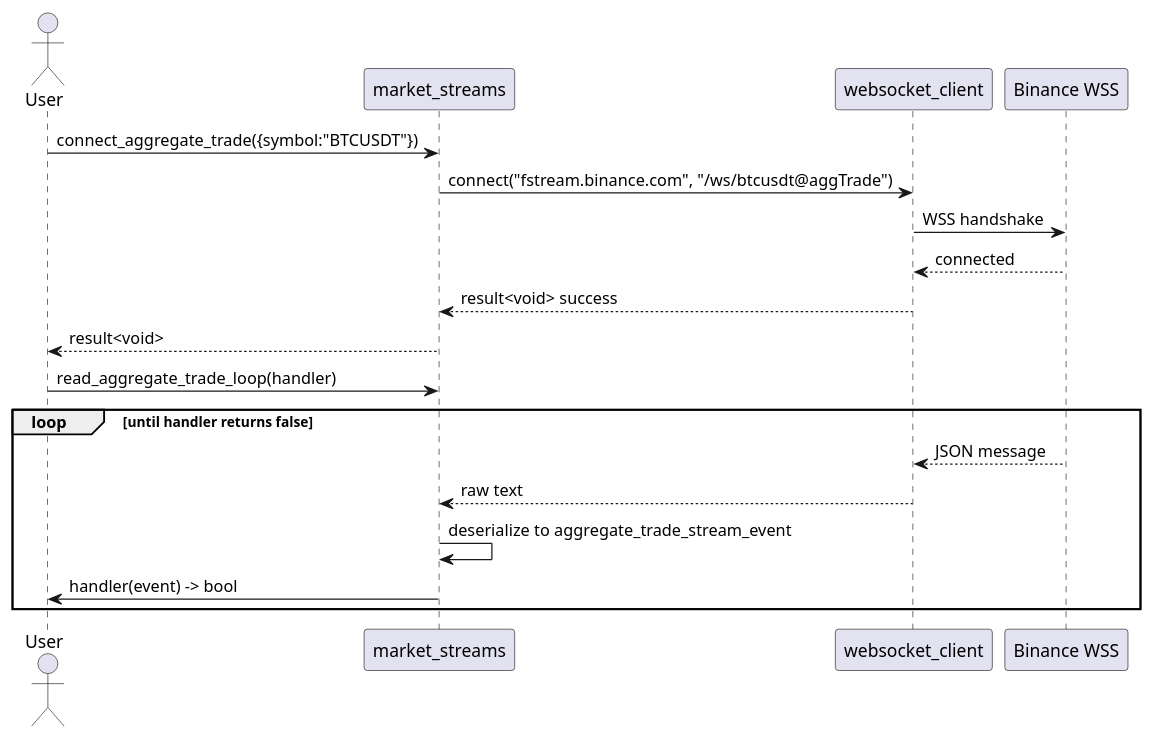
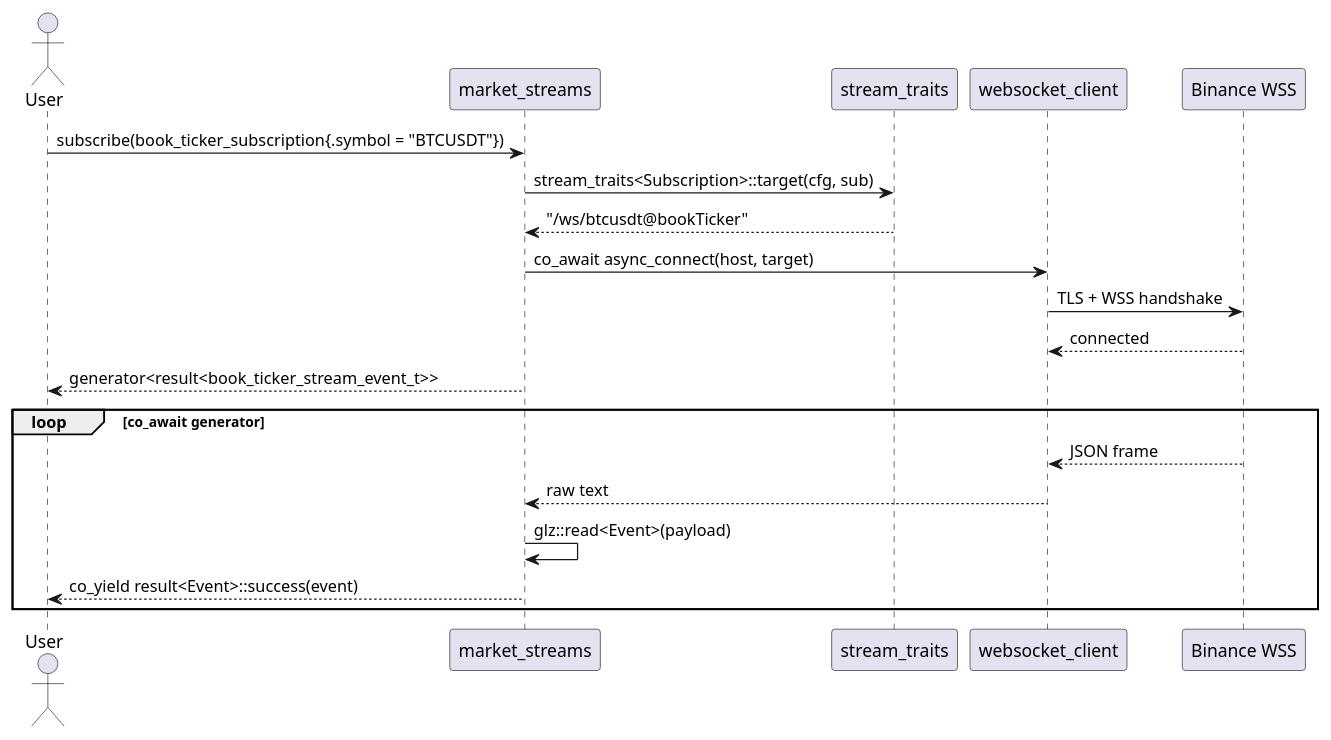
The sixth of 9 diagrams in docs/binapi2/DESIGN.md (agutikov/binapi), drawn with PlantUML before and after one commit. The commit also changed other lines of this file and 7 other files, not shown here.

````diff
--- a/docs/binapi2/DESIGN.md
+++ b/docs/binapi2/DESIGN.md
@@ -333,23 +357,24 @@
 ```plantuml
 @startuml
 actor User
 participant "market_streams" as MS
+participant "stream_traits" as ST
 participant "websocket_client" as WS
 participant "Binance WSS" as B
 
-User -> MS: connect_aggregate_trade({symbol:"BTCUSDT"})
-MS -> WS: connect("fstream.binance.com", "/ws/btcusdt@aggTrade")
-WS -> B: WSS handshake
+User -> MS: subscribe(book_ticker_subscription{.symbol = "BTCUSDT"})
+MS -> ST: stream_traits<Subscription>::target(cfg, sub)
+ST --> MS: "/ws/btcusdt@bookTicker"
+MS -> WS: co_await async_connect(host, target)
+WS -> B: TLS + WSS handshake
 B --> WS: connected
-WS --> MS: result<void> success
-MS --> User: result<void>
+MS --> User: generator<result<book_ticker_stream_event_t>>
 
-User -> MS: read_aggregate_trade_loop(handler)
-loop until handler returns false
-  B --> WS: JSON message
+loop co_await generator
+  B --> WS: JSON frame
   WS --> MS: raw text
-  MS -> MS: deserialize to aggregate_trade_stream_event
-  MS -> User: handler(event) -> bool
+  MS -> MS: glz::read<Event>(payload)
+  MS --> User: co_yield result<Event>::success(event)
 end
 @enduml
 ```
````
